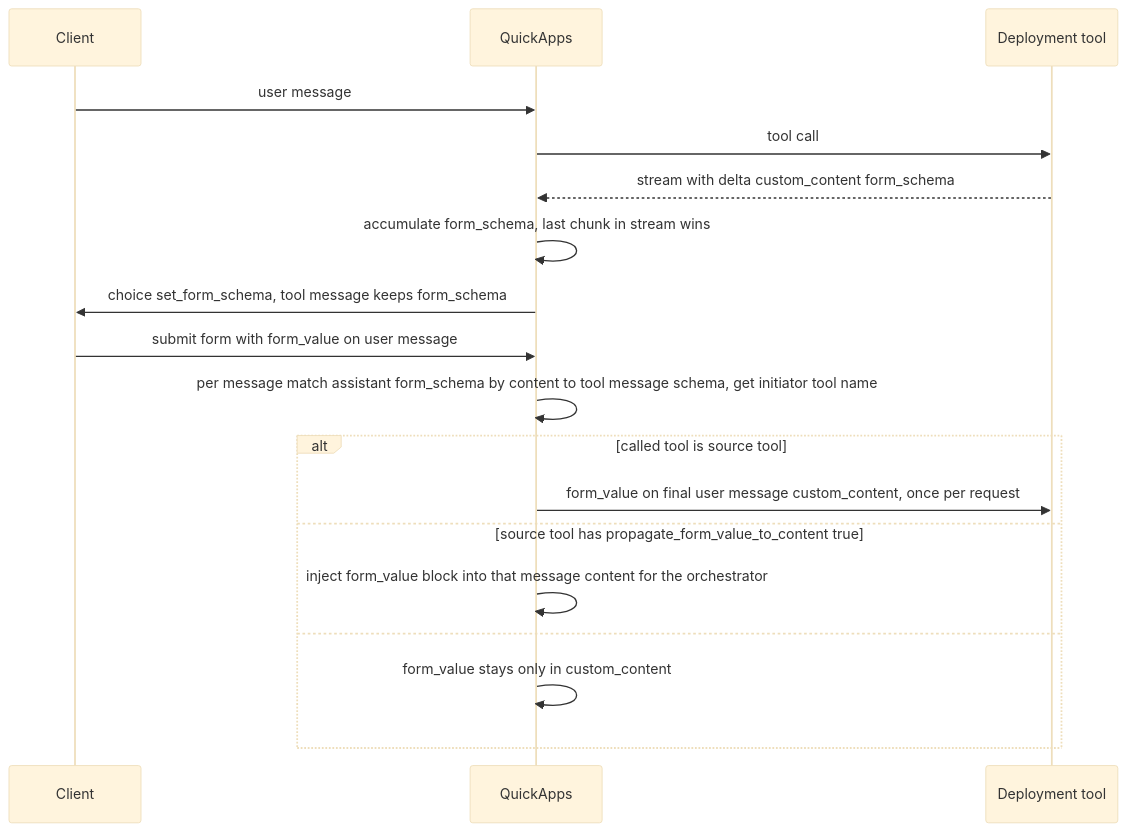
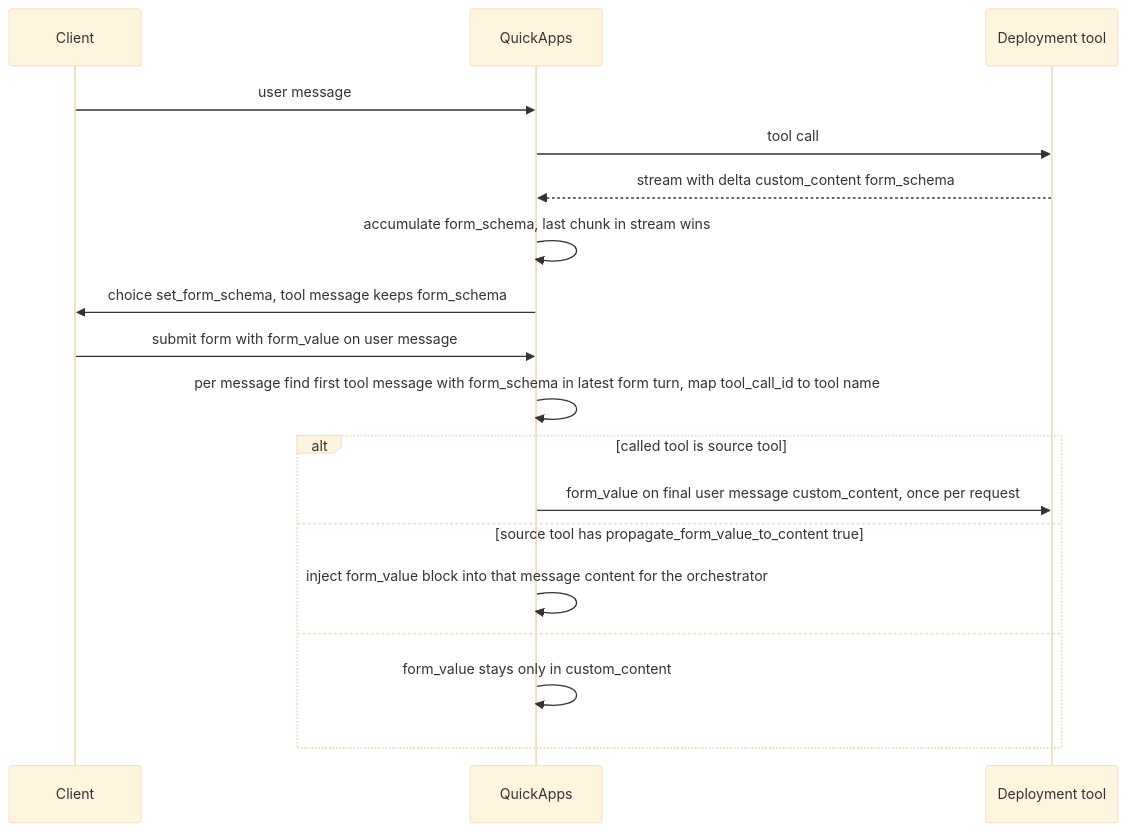
One commit to epam/ai-dial-quickapps-backend changed the diagram in docs/designs/form_schema_propagation.md. Above: the diagram before and after it, drawn with Mermaid (base theme). The commit also changed other lines of this file and 3 other files, not shown here.

````diff
--- a/docs/designs/form_schema_propagation.md
+++ b/docs/designs/form_schema_propagation.md
@@ -237,20 +232,20 @@
 ```mermaid
 sequenceDiagram
     participant C as Client
     participant QA as QuickApps
     participant D as Deployment tool
     C->>QA: user message
     QA->>D: tool call
     D-->>QA: stream with delta custom_content form_schema
     QA->>QA: accumulate form_schema, last chunk in stream wins
     QA->>C: choice set_form_schema, tool message keeps form_schema
     C->>QA: submit form with form_value on user message
-    QA->>QA: per message match assistant form_schema by content to tool message schema, get initiator tool name
+    QA->>QA: per message find first tool message with form_schema in latest form turn, map tool_call_id to tool name
     alt called tool is source tool
         QA->>D: form_value on final user message custom_content, once per request
     else source tool has propagate_form_value_to_content true
         QA->>QA: inject form_value block into that message content for the orchestrator
     else
         QA->>QA: form_value stays only in custom_content
     end
 ```
````
